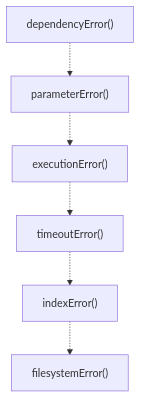
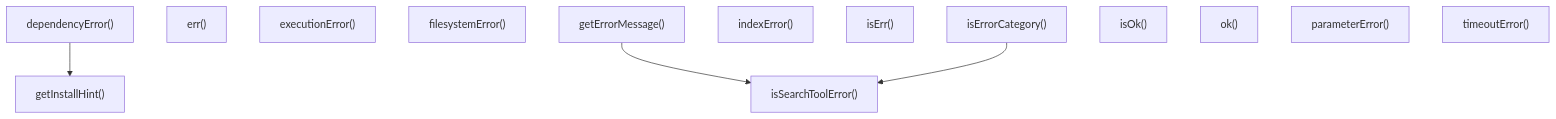
Before and after one commit to Mekann2904/mekann: the second of 2 diagrams in ABDD/.pi/extensions/search/utils/errors.md, drawn with Mermaid. The commit also changed other lines of this file and 277 other files, not shown here.

````diff
--- a/ABDD/.pi/extensions/search/utils/errors.md
+++ b/ABDD/.pi/extensions/search/utils/errors.md
@@ -55,14 +55,20 @@
 ```mermaid
 flowchart TD
   dependencyError["dependencyError()"]
+  err["err()"]
+  executionError["executionError()"]
+  filesystemError["filesystemError()"]
+  getErrorMessage["getErrorMessage()"]
+  getInstallHint["getInstallHint()"]
+  indexError["indexError()"]
+  isErr["isErr()"]
+  isErrorCategory["isErrorCategory()"]
+  isOk["isOk()"]
+  isSearchToolError["isSearchToolError()"]
+  ok["ok()"]
   parameterError["parameterError()"]
-  executionError["executionError()"]
   timeoutError["timeoutError()"]
-  indexError["indexError()"]
-  filesystemError["filesystemError()"]
-  dependencyError -.-> parameterError
-  parameterError -.-> executionError
-  executionError -.-> timeoutError
-  timeoutError -.-> indexError
-  indexError -.-> filesystemError
+  dependencyError --> getInstallHint
+  getErrorMessage --> isSearchToolError
+  isErrorCategory --> isSearchToolError
 ```
````
